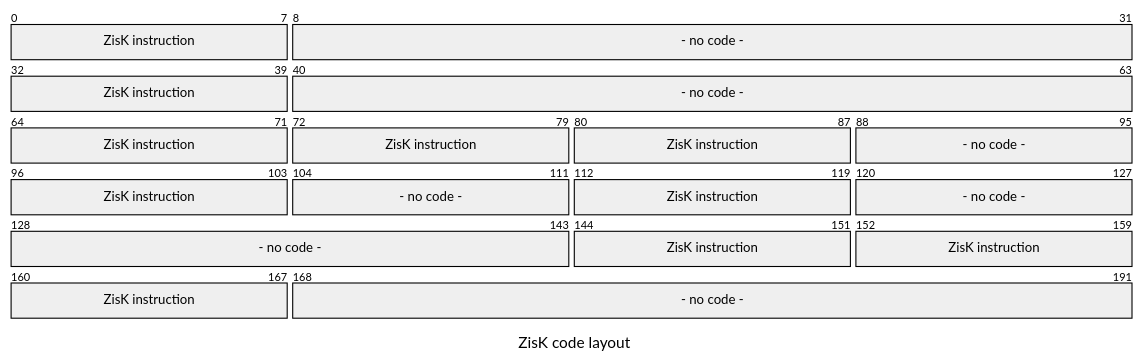
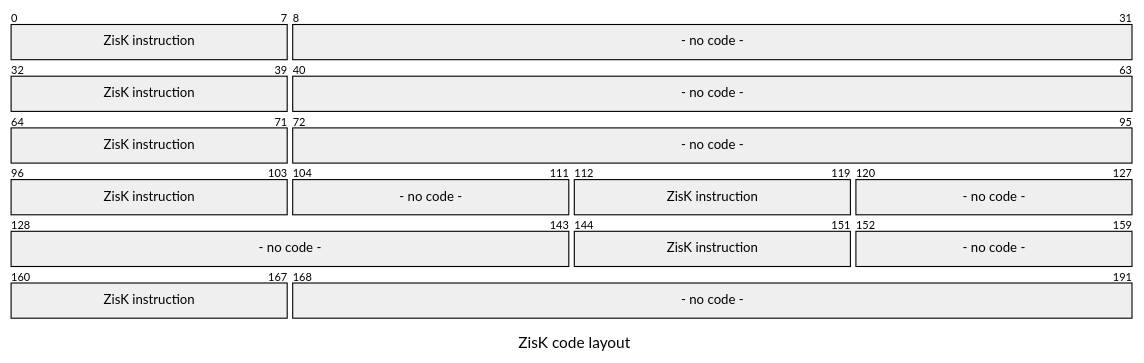
The eighth of 9 diagrams in book/developer/intro.md (0xPolygonHermez/zisk), drawn with Mermaid before and after one commit. The commit also changed other lines of this file, not shown here.

First line of the commit message:
Correct architecture doc against the implementation

````diff
--- a/book/developer/intro.md
+++ b/book/developer/intro.md
@@ -287,23 +280,20 @@
 ```mermaid
 ---
 title: "ZisK code layout"
 ---
 packet
 0-7: "ZisK instruction"
 8-31: "- no code -"
 32-39: "ZisK instruction"
 40-63: "- no code -"
 64-71: "ZisK instruction"
-72-79: "ZisK instruction"
-80-87: "ZisK instruction"
-88-95: "- no code -"
+72-95: "- no code -"
 96-103: "ZisK instruction"
 104-111: "- no code -"
 112-119: "ZisK instruction"
-120-127: "- no code -"
-128-143: "- no code -"
+120-143: "- no code -"
 144-151: "ZisK instruction"
-152-159: "ZisK instruction"
+152-159: "- no code -"
 160-167: "ZisK instruction"
 168-191: "- no code -"
 ```
````
